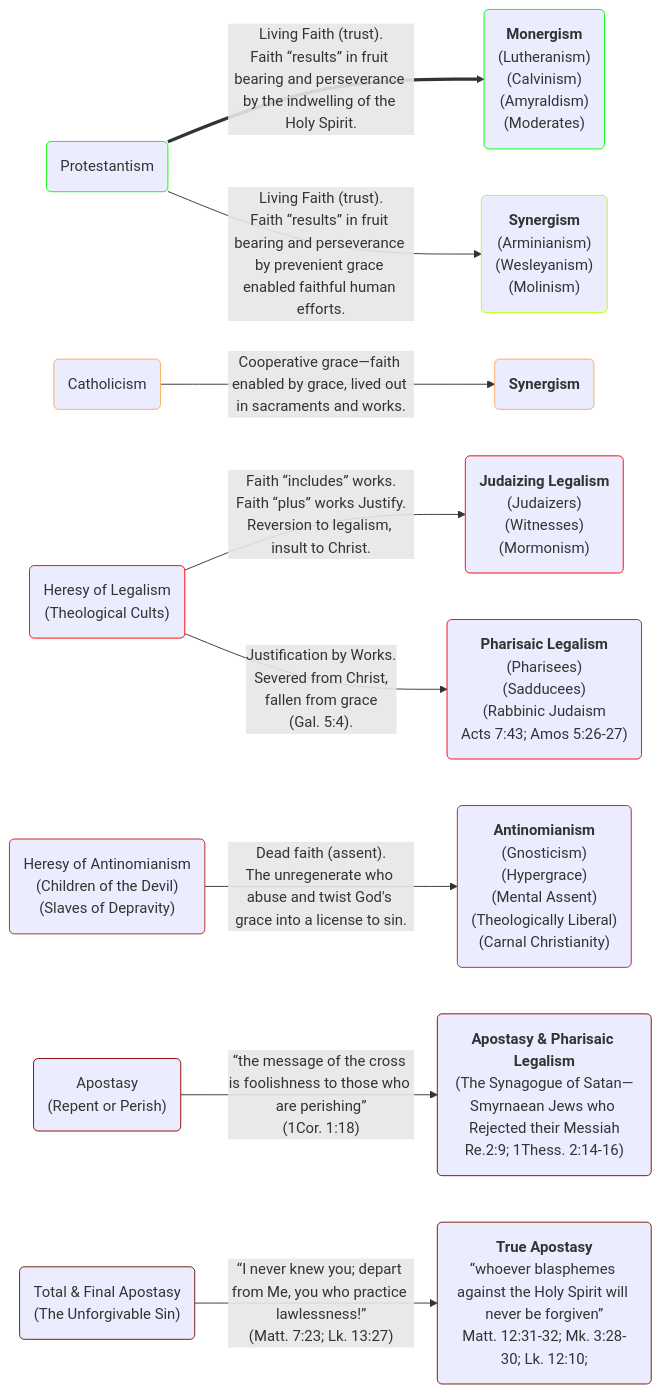
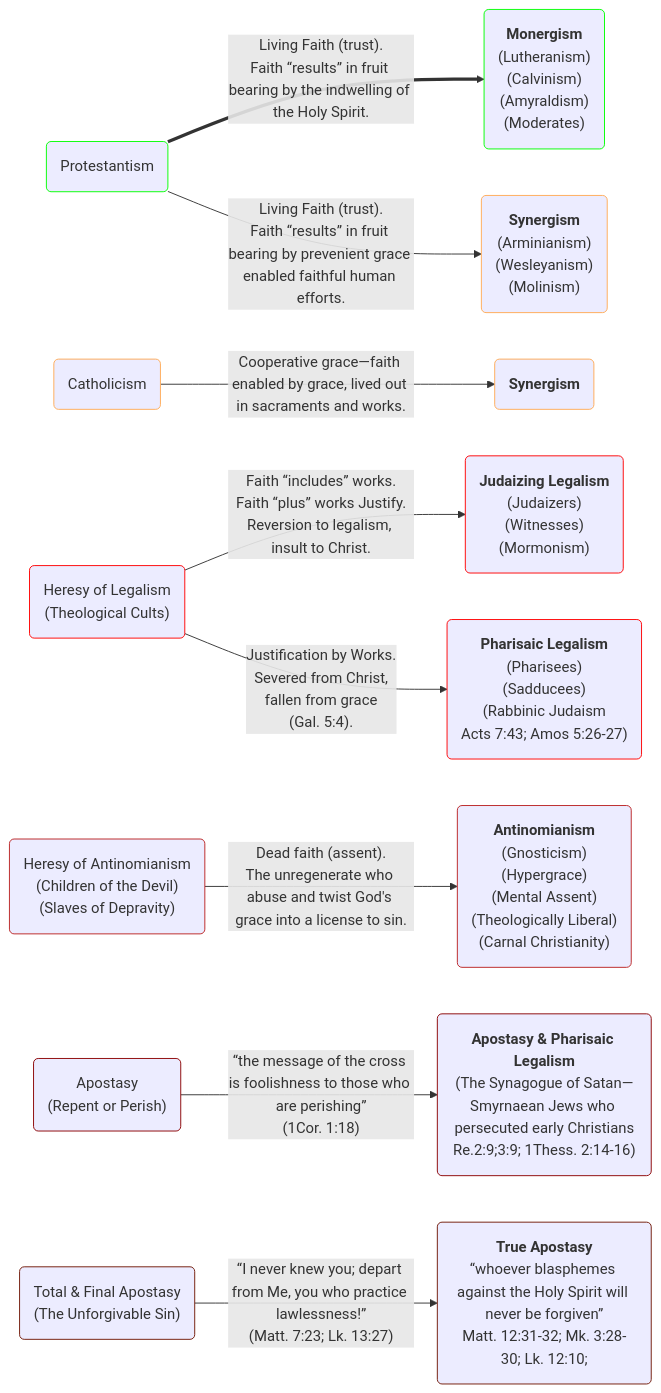
The first of 2 diagrams in _posts/2025-08-03-historic-protestant-position.markdown (OrdoLuminis/ordoluminis.github.io), drawn with Mermaid before and after one commit. The commit also changed other lines of this file, not shown here.

````diff
--- a/_posts/2025-08-03-historic-protestant-position.markdown
+++ b/_posts/2025-08-03-historic-protestant-position.markdown
@@ -55,24 +55,24 @@
 ```mermaid
 flowchart LR
     A(Protestantism):::green
     B(Catholicism):::orange
     C(Heresy of Legalism<br>&lpar;Theological Cults&rpar;):::red
     D(Heresy of Antinomianism<br>&lpar;Children of the Devil&rpar;<br>&lpar;Slaves of Depravity&rpar;):::firebrick
     E(Apostasy<br>&lpar;Repent or Perish&rpar;):::darkred
     F(Total & Final Apostasy<br>&lpar;The Unforgivable Sin&rpar;):::darkerred
-    A ==>|Living Faith &lpar;trust&rpar;.<br>Faith &ldquo;results&rdquo; in fruit bearing and perseverance by the indwelling of the Holy Spirit.| G(<strong>Monergism</strong><br>&lpar;Lutheranism&rpar;<br>&lpar;Calvinism&rpar;<br>&lpar;Amyraldism&rpar;<br>&lpar;Moderates&rpar;):::green
-    A -->|Living Faith &lpar;trust&rpar;.<br>Faith &ldquo;results&rdquo; in fruit bearing and perseverance by prevenient grace enabled faithful human efforts.| H(<strong>Synergism</strong><br>&lpar;Arminianism&rpar;<br>&lpar;Wesleyanism&rpar;<br>&lpar;Molinism&rpar;):::lightgreen
+    A ==>|Living Faith &lpar;trust&rpar;.<br>Faith &ldquo;results&rdquo; in fruit bearing by the indwelling of the Holy Spirit.| G(<strong>Monergism</strong><br>&lpar;Lutheranism&rpar;<br>&lpar;Calvinism&rpar;<br>&lpar;Amyraldism&rpar;<br>&lpar;Moderates&rpar;):::green
+    A -->|Living Faith &lpar;trust&rpar;.<br>Faith &ldquo;results&rdquo; in fruit bearing by prevenient grace enabled faithful human efforts.| H(<strong>Synergism</strong><br>&lpar;Arminianism&rpar;<br>&lpar;Wesleyanism&rpar;<br>&lpar;Molinism&rpar;):::orange
     B -->|Cooperative grace&mdash;faith enabled by grace, lived out in sacraments and works.| I(<strong>Synergism</strong>):::orange
     C -->|Faith &ldquo;includes&rdquo; works.<br>Faith &ldquo;plus&rdquo; works Justify.<br>Reversion to legalism, insult to Christ.| J(<strong>Judaizing Legalism</strong><br>&lpar;Judaizers&rpar;<br>&lpar;Witnesses&rpar;<br>&lpar;Mormonism&rpar;):::red
     C -->|Justification by Works.<br>Severed from Christ,<br>fallen from grace<br>&lpar;Gal. 5:4&rpar;.| K(<strong>Pharisaic Legalism</strong><br>&lpar;Pharisees&rpar;<br>&lpar;Sadducees&rpar;<br>&lpar;Rabbinic Judaism<br>Acts 7:43; Amos 5:26-27&rpar;):::red
     D -->|Dead faith &lpar;assent&rpar;.<br>The unregenerate who abuse and twist God's grace into a license to sin.| L(<strong>Antinomianism</strong><br>&lpar;Gnosticism&rpar;<br>&lpar;Hypergrace&rpar;<br>&lpar;Mental Assent&rpar;<br>&lpar;Theologically Liberal&rpar;<br>&lpar;Carnal Christianity&rpar;):::firebrick
-    E -->|&ldquo;the message of the cross is foolishness to those who are perishing&rdquo;<br>&lpar;1Cor. 1:18&rpar;| M(<strong>Apostasy & Pharisaic Legalism</strong><br>&lpar;The Synagogue of Satan—Smyrnaean Jews who Rejected their Messiah<br>Re.2:9; 1Thess. 2:14-16&rpar;):::darkred
+    E -->|&ldquo;the message of the cross is foolishness to those who are perishing&rdquo;<br>&lpar;1Cor. 1:18&rpar;| M(<strong>Apostasy & Pharisaic Legalism</strong><br>&lpar;The Synagogue of Satan—Smyrnaean Jews who persecuted early Christians<br>Re.2:9;3:9; 1Thess. 2:14-16&rpar;):::darkred
     F -->|&ldquo;I never knew you; depart from Me, you who practice lawlessness!&rdquo;<br>&lpar;Matt. 7:23; Lk. 13:27&rpar;| N(<strong>True Apostasy</strong><br>&ldquo;whoever blasphemes against the Holy Spirit will never be forgiven&rdquo;<br>Matt. 12:31-32; Mk. 3:28-30; Lk. 12:10;):::darkerred
     classDef red stroke:#f00
     classDef green stroke:#0f0
     classDef lightgreen stroke:#Bf0
     classDef orange stroke:#fa5
     classDef firebrick stroke:#b22
     classDef darkred stroke:#8B0000
     classDef darkerred stroke:#701705
 ```
````
